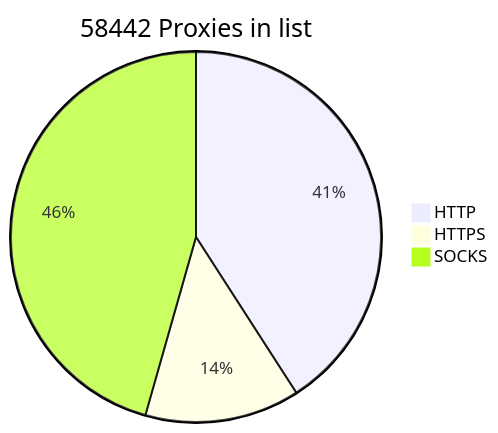
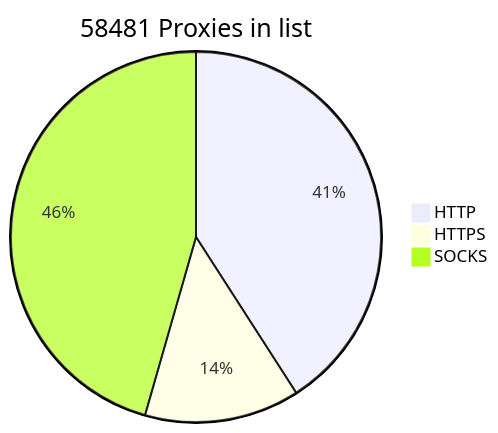
One commit to BlackSnowDot/proxylist-update-every-minute changed the diagram in README.md. Above: the diagram before and after it, drawn with Mermaid.

````diff
--- a/README.md
+++ b/README.md
@@ -2,6 +2,6 @@
 ```mermaid
-pie title 58442 Proxies in list
-    "HTTP" : 26936
-    "HTTPS": 8903
-    "SOCKS" : 30031
+pie title 58481 Proxies in list
+    "HTTP" : 26961
+    "HTTPS": 8923
+    "SOCKS" : 30032
 ```
````
